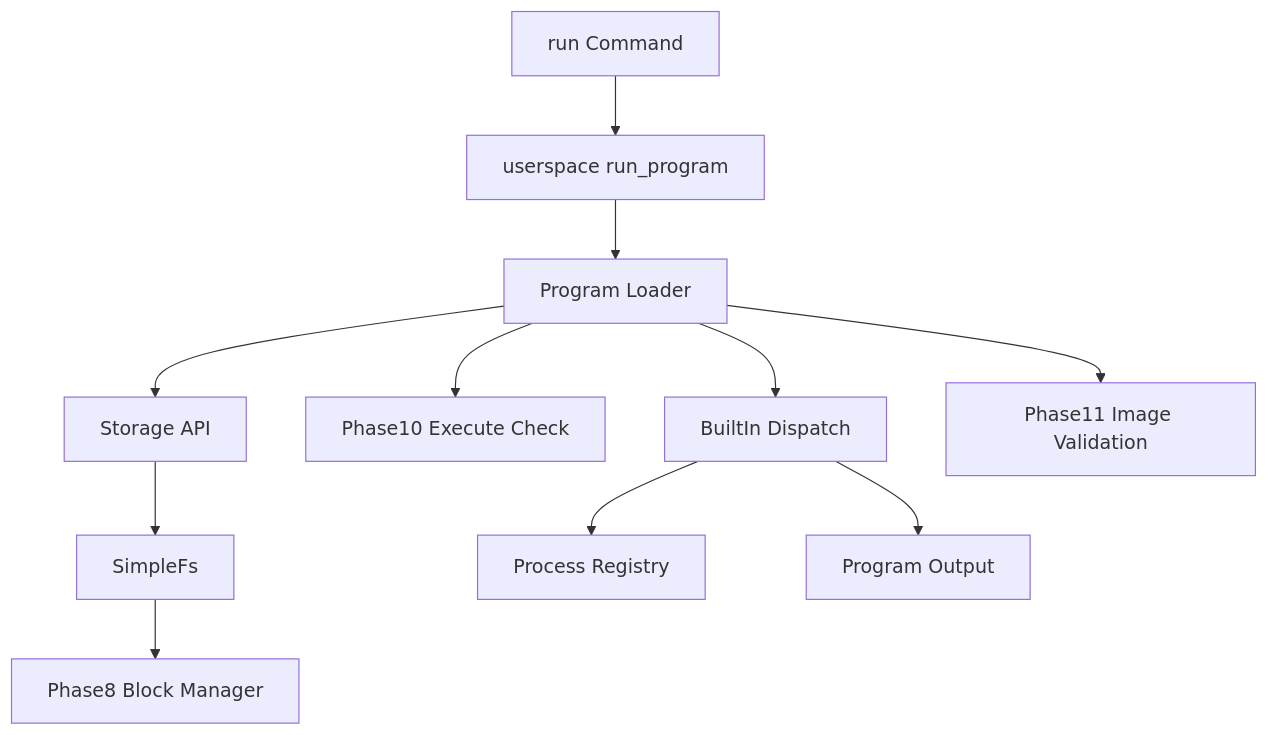
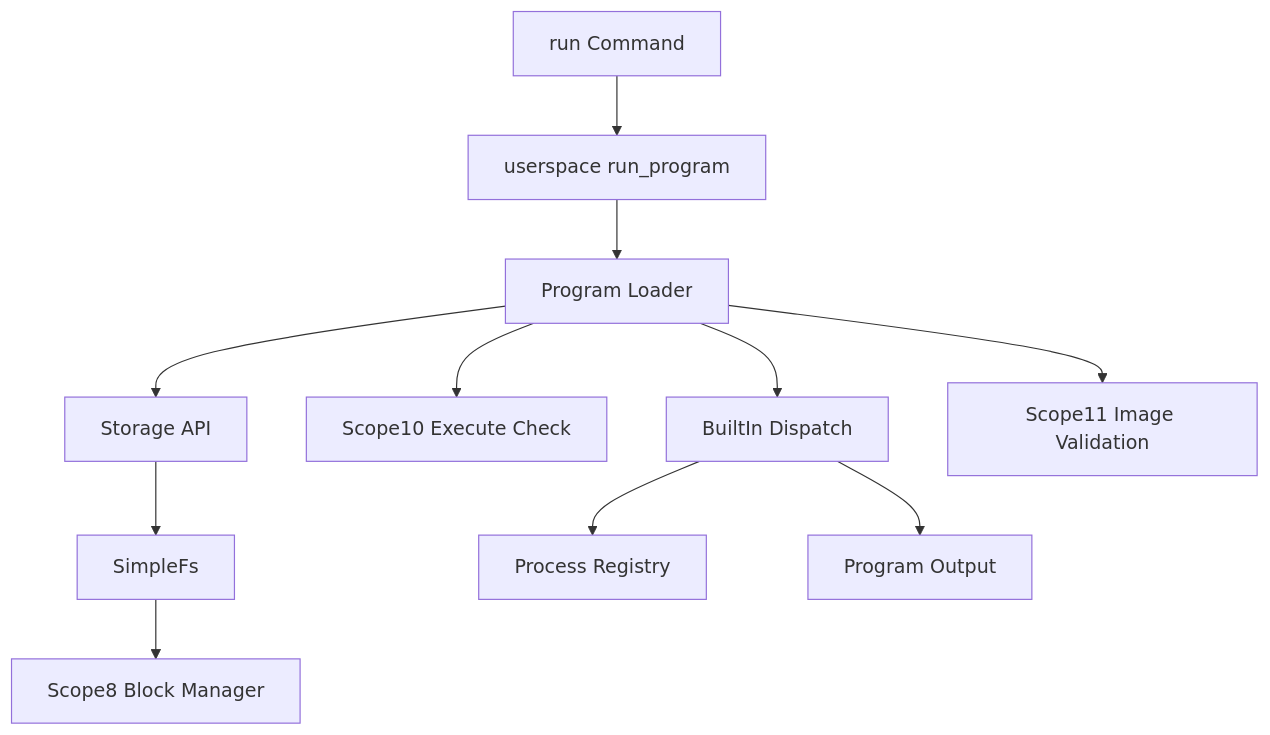
One commit to clancymendonca/ClanOS changed the diagram in docs/PROGRAMS.md. Above: the diagram before and after it, drawn with Mermaid. The commit also changed other lines of this file and 1009 other files, not shown here.

````diff
--- a/docs/PROGRAMS.md
+++ b/docs/PROGRAMS.md
@@ -49,13 +49,13 @@
 ```mermaid
 flowchart TD
 RunCommand[run Command] --> UserspaceRun[userspace run_program]
 UserspaceRun --> ProgramLoader[Program Loader]
 ProgramLoader --> StorageApi[Storage API]
-ProgramLoader --> ExecutePolicy[Phase10 Execute Check]
+ProgramLoader --> ExecutePolicy[Scope10 Execute Check]
 StorageApi --> SimpleFs[SimpleFs]
-SimpleFs --> BlockManager[Phase8 Block Manager]
+SimpleFs --> BlockManager[Scope8 Block Manager]
 ProgramLoader --> BuiltinDispatch[BuiltIn Dispatch]
-ProgramLoader --> ImageValidation[Phase11 Image Validation]
+ProgramLoader --> ImageValidation[Scope11 Image Validation]
 BuiltinDispatch --> ProcessRegistry[Process Registry]
 BuiltinDispatch --> Output[Program Output]
 ```
````
